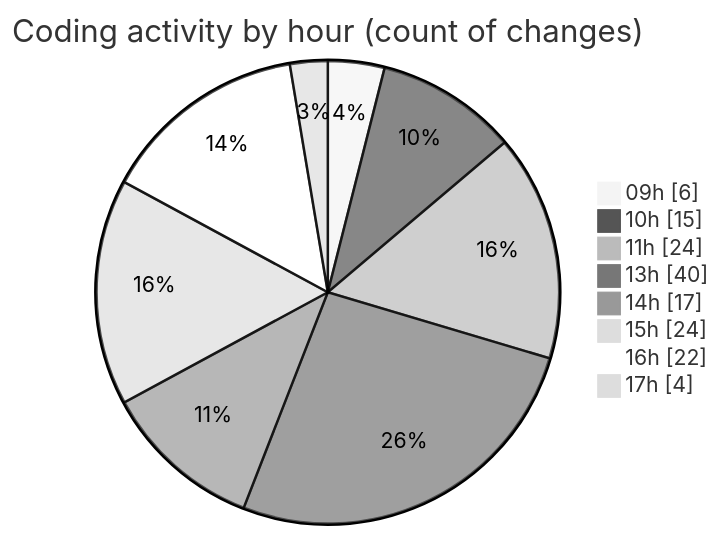
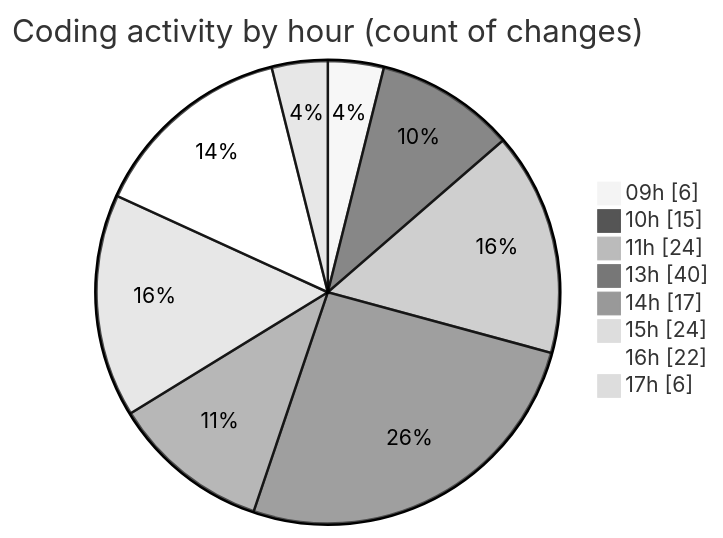
The second of 2 diagrams in 2026-04-20/cda/README.md (momahboobian/code-tracking), drawn with Mermaid (neutral theme) before and after one commit. The commit also changed other lines of this file and 1 other file, not shown here.

````diff
--- a/2026-04-20/cda/README.md
+++ b/2026-04-20/cda/README.md
@@ -61,12 +63,12 @@
 ```mermaid
 pie showData
 title Coding activity by hour (count of changes)
 "09h" : 6
 "10h" : 15
 "11h" : 24
 "13h" : 40
 "14h" : 17
 "15h" : 24
 "16h" : 22
-"17h" : 4
+"17h" : 6
 ```
````
